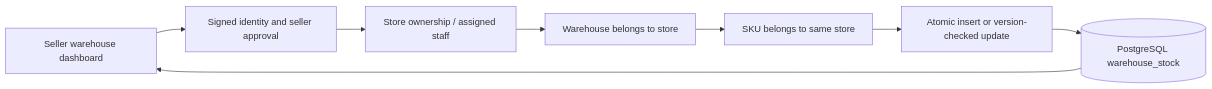
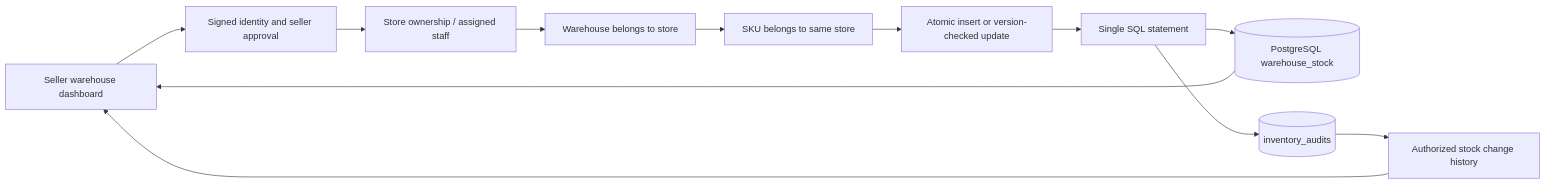
Before and after one commit to mhrj7/VyapaarCart: the diagram in docs/warehouses.md, drawn with Mermaid. The commit also changed other lines of this file and 10 other files, not shown here.

Commit message:
Record authorized SKU stock changes atomically in inventory audit history

````diff
--- a/docs/warehouses.md
+++ b/docs/warehouses.md
@@ -5,10 +5,14 @@
 ```mermaid
 flowchart LR
   UI[Seller warehouse dashboard] --> Auth[Signed identity and seller approval]
   Auth --> Store[Store ownership / assigned staff]
   Store --> Warehouse[Warehouse belongs to store]
   Warehouse --> SKU[SKU belongs to same store]
   SKU --> CAS[Atomic insert or version-checked update]
-  CAS --> DB[(PostgreSQL warehouse_stock)]
+  CAS --> Tx[Single SQL statement]
+  Tx --> DB[(PostgreSQL warehouse_stock)]
+  Tx --> Audit[(inventory_audits)]
+  Audit --> History[Authorized stock change history]
+  History --> UI
   DB --> UI
 ```
````
